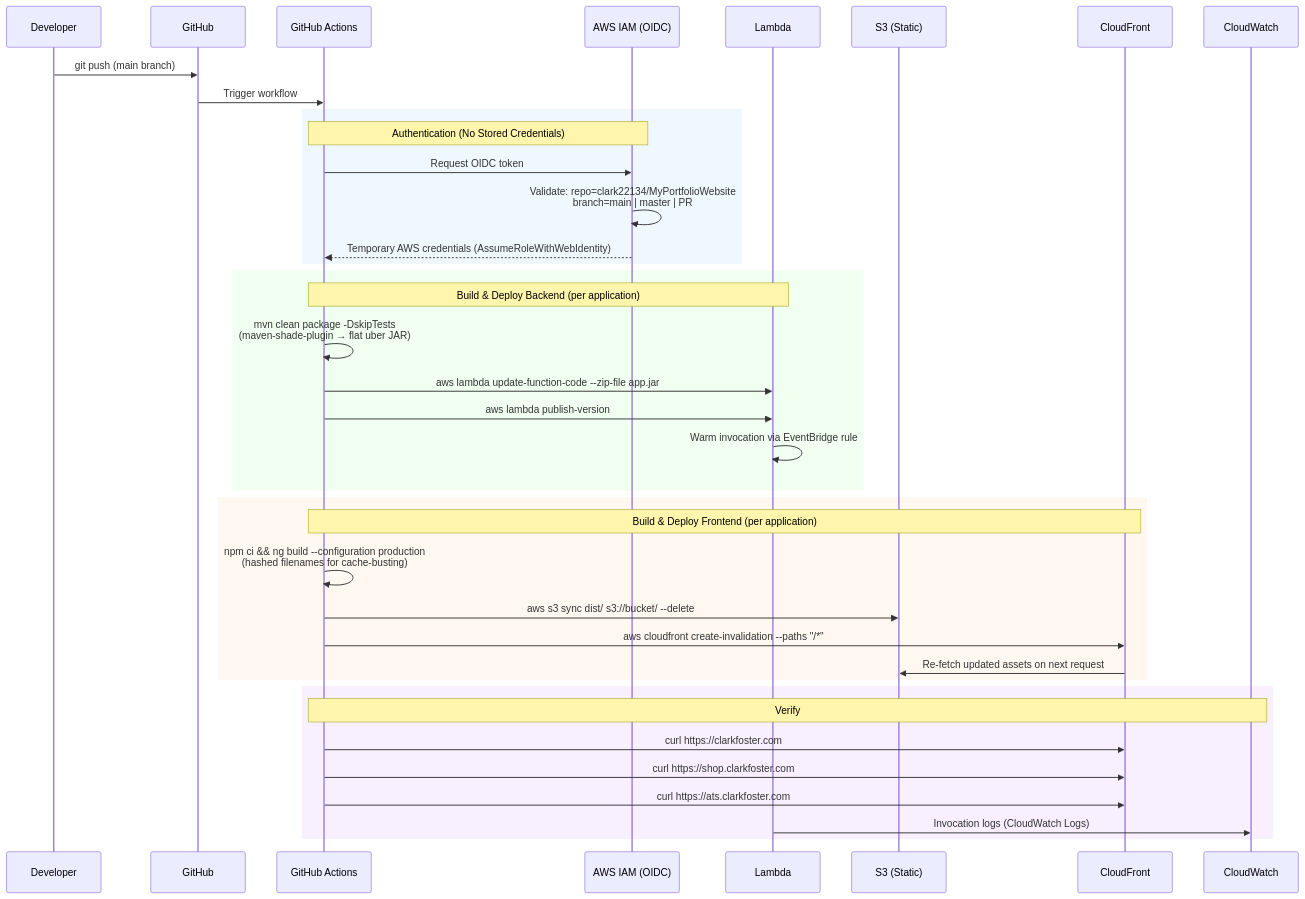
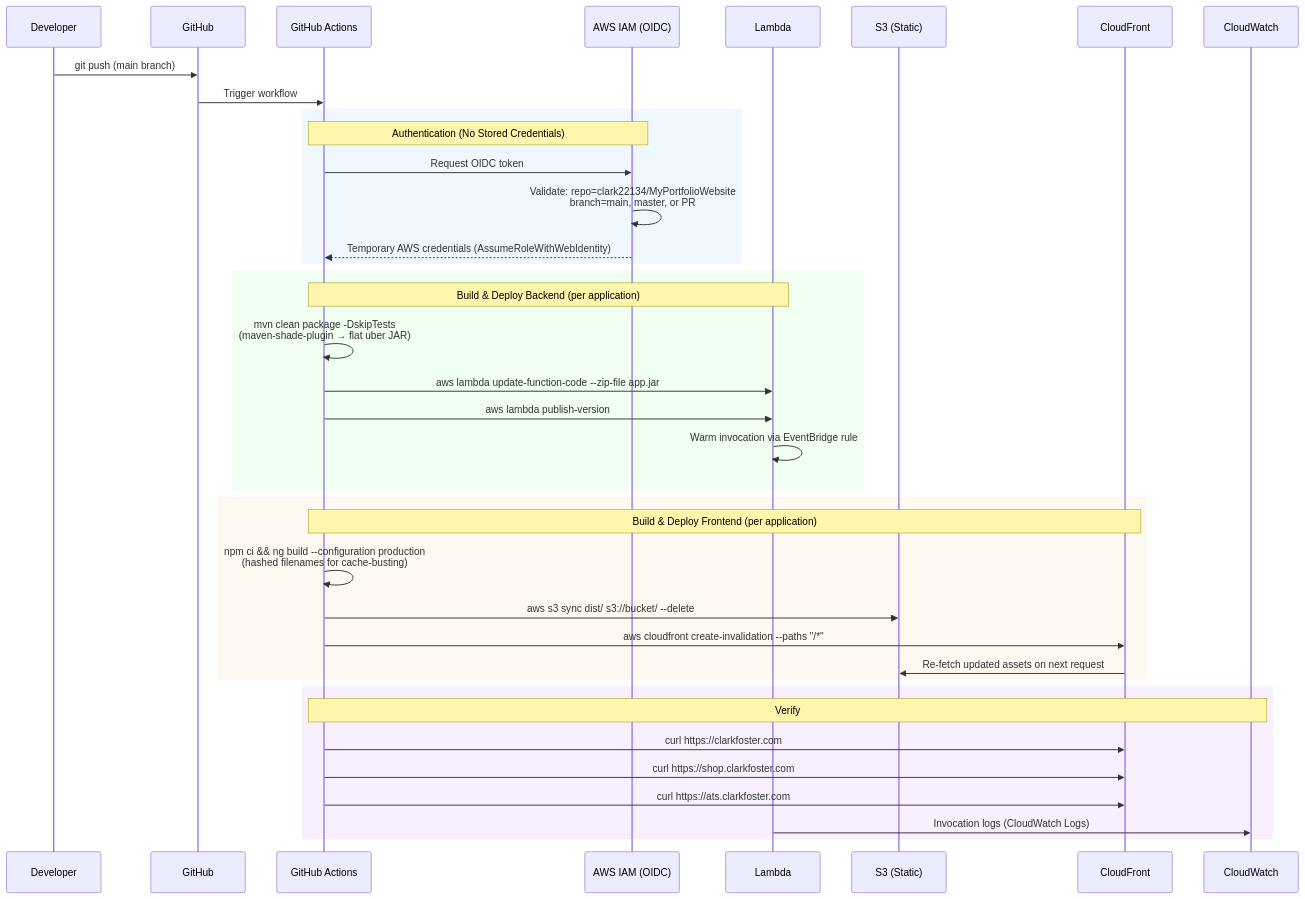
One commit to clark22134/MyPortfolioWebsite changed diagram 15 of 16 in docs/ARCHITECTURE.md. Above: the diagram before and after it, drawn with Mermaid. The commit also changed other lines of this file and 10 other files, not shown here.

````diff
--- a/docs/ARCHITECTURE.md
+++ b/docs/ARCHITECTURE.md
@@ -838,45 +838,45 @@
 ```mermaid
 sequenceDiagram
     participant Dev as Developer
     participant GH as GitHub
     participant GHA as GitHub Actions
     participant IAM as AWS IAM (OIDC)
     participant L as Lambda
     participant S3 as S3 (Static)
     participant CF as CloudFront
     participant CW as CloudWatch
 
     Dev->>GH: git push (main branch)
     GH->>GHA: Trigger workflow
 
     rect rgb(240, 248, 255)
         Note over GHA,IAM: Authentication (No Stored Credentials)
         GHA->>IAM: Request OIDC token
-        IAM->>IAM: Validate: repo=clark22134/MyPortfolioWebsite<br/>branch=main | master | PR
+        IAM->>IAM: Validate: repo=clark22134/MyPortfolioWebsite<br/>branch=main, master, or PR
         IAM-->>GHA: Temporary AWS credentials (AssumeRoleWithWebIdentity)
     end
 
     rect rgb(240, 255, 240)
         Note over GHA,L: Build & Deploy Backend (per application)
         GHA->>GHA: mvn clean package -DskipTests<br/>(maven-shade-plugin → flat uber JAR)
         GHA->>L: aws lambda update-function-code --zip-file app.jar
         GHA->>L: aws lambda publish-version
         L->>L: Warm invocation via EventBridge rule
     end
 
     rect rgb(255, 248, 240)
         Note over GHA,CF: Build & Deploy Frontend (per application)
         GHA->>GHA: npm ci && ng build --configuration production<br/>(hashed filenames for cache-busting)
         GHA->>S3: aws s3 sync dist/ s3://bucket/ --delete
         GHA->>CF: aws cloudfront create-invalidation --paths "/*"
         CF->>S3: Re-fetch updated assets on next request
     end
 
     rect rgb(248, 240, 255)
         Note over GHA,CW: Verify
         GHA->>CF: curl https://clarkfoster.com
         GHA->>CF: curl https://shop.clarkfoster.com
         GHA->>CF: curl https://ats.clarkfoster.com
         L->>CW: Invocation logs (CloudWatch Logs)
     end
 ```
````
